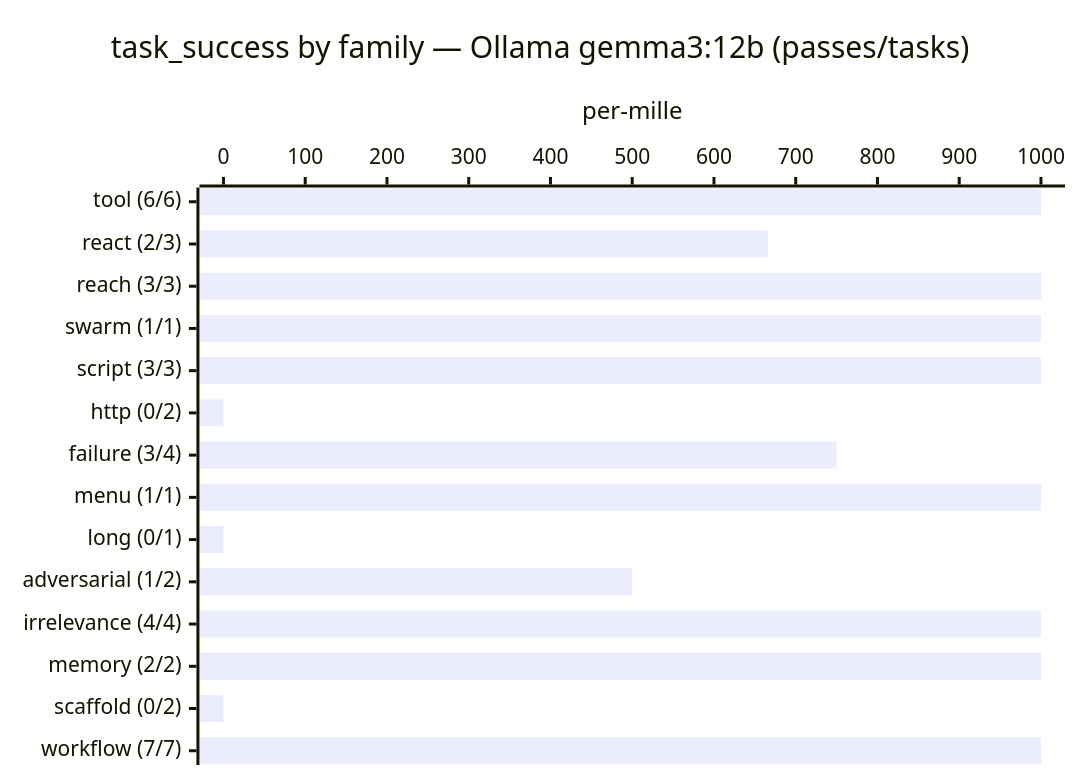
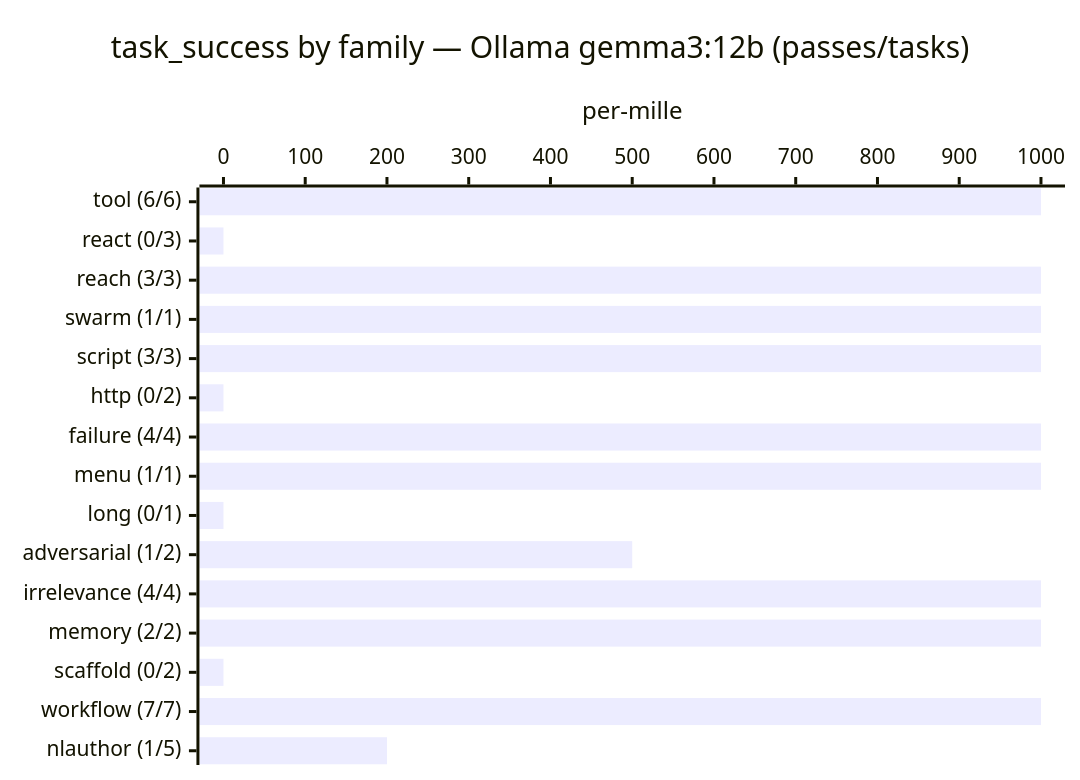
Before and after one commit to Kortecx/kortecx: the first of 2 diagrams in README.md, drawn with Mermaid. The commit also changed other lines of this file and 107 other files, not shown here.

````diff
--- a/README.md
+++ b/README.md
@@ -309,7 +310,7 @@
 ```mermaid
 xychart-beta horizontal
     title "task_success by family — Ollama gemma3:12b (passes/tasks)"
-    x-axis ["tool (6/6)", "react (2/3)", "reach (3/3)", "swarm (1/1)", "script (3/3)", "http (0/2)", "failure (3/4)", "menu (1/1)", "long (0/1)", "adversarial (1/2)", "irrelevance (4/4)", "memory (2/2)", "scaffold (0/2)", "workflow (7/7)"]
+    x-axis ["tool (6/6)", "react (0/3)", "reach (3/3)", "swarm (1/1)", "script (3/3)", "http (0/2)", "failure (4/4)", "menu (1/1)", "long (0/1)", "adversarial (1/2)", "irrelevance (4/4)", "memory (2/2)", "scaffold (0/2)", "workflow (7/7)", "nlauthor (1/5)"]
     y-axis "per-mille" 0 --> 1000
-    bar [1000, 666, 1000, 1000, 1000, 0, 750, 1000, 0, 500, 1000, 1000, 0, 1000]
+    bar [1000, 0, 1000, 1000, 1000, 0, 1000, 1000, 0, 500, 1000, 1000, 0, 1000, 200]
 ```
````
